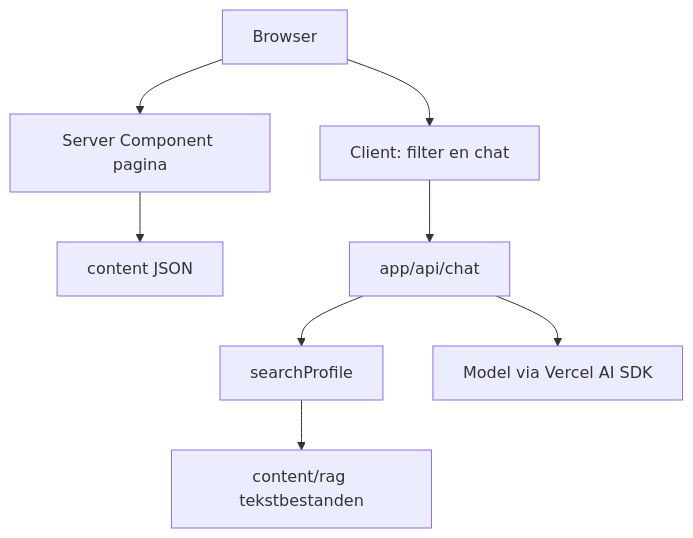
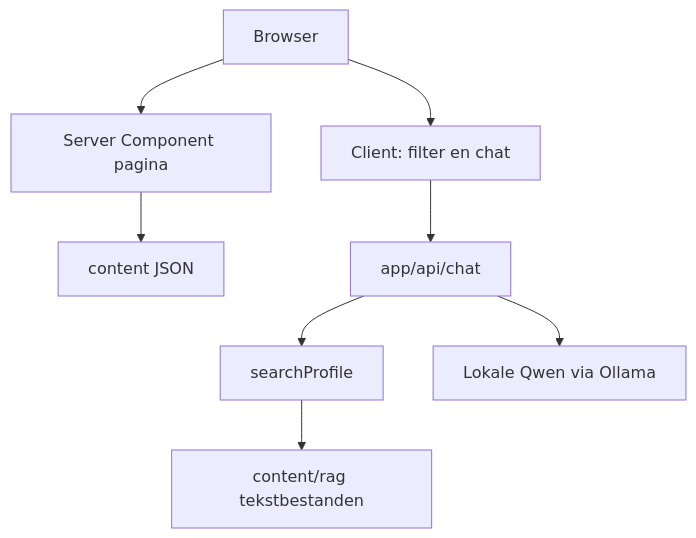
One commit to arvinwerk/portfolio-demo changed the diagram in README.md. Above: the diagram before and after it, drawn with Mermaid. The commit also changed other lines of this file and 18 other files, not shown here.

First line of the commit message:
Serve the chat from a local Qwen model.

````diff
--- a/README.md
+++ b/README.md
@@ -17,19 +17,19 @@
 ```mermaid
 flowchart TD
   browser[Browser]
   page[Server Component pagina]
   filter[Client: filter en chat]
   json[content JSON]
   route[app/api/chat]
   tool[searchProfile]
   corpus[content/rag tekstbestanden]
-  model[Model via Vercel AI SDK]
+  model[Lokale Qwen via Ollama]
 
   browser --> page
   browser --> filter
   page --> json
   filter --> route
   route --> tool
   tool --> corpus
   route --> model
 ```
````
